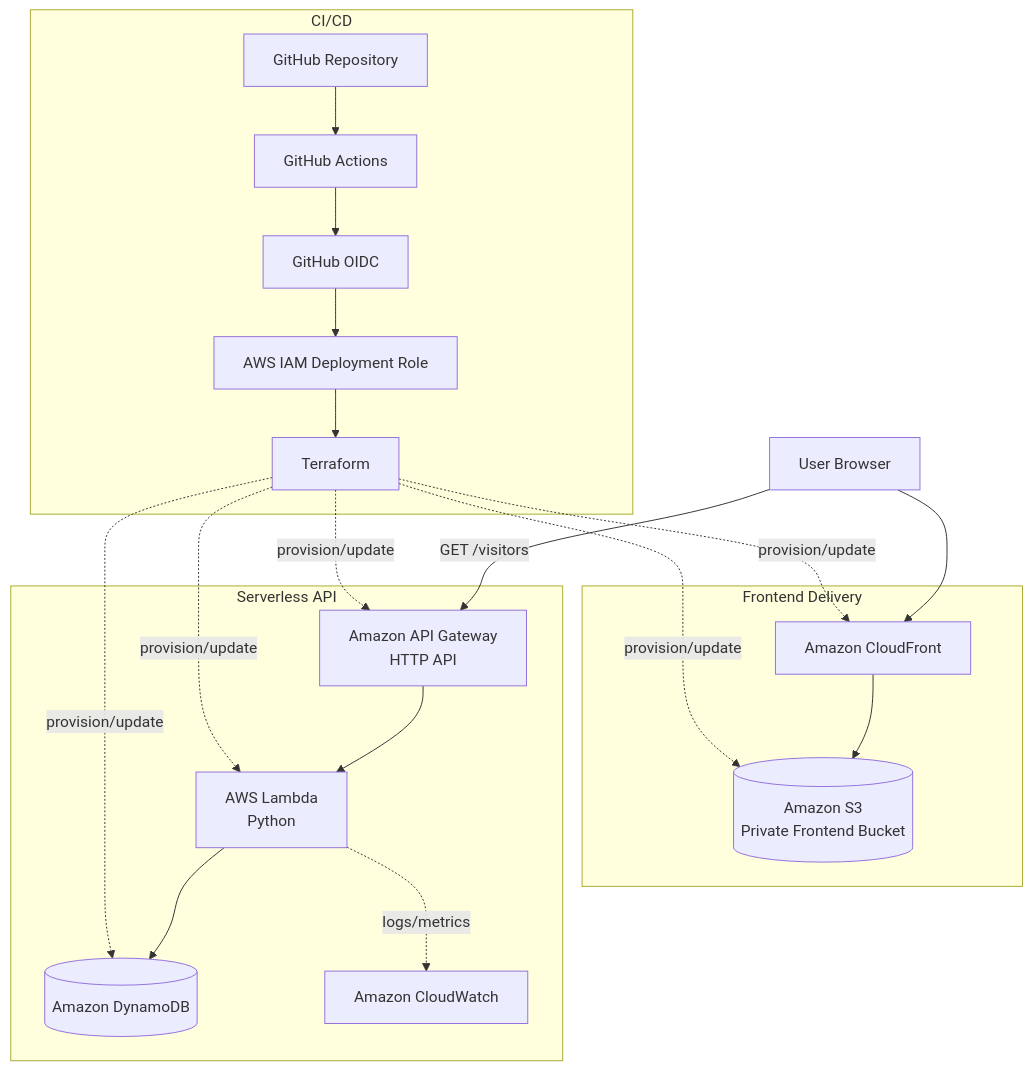
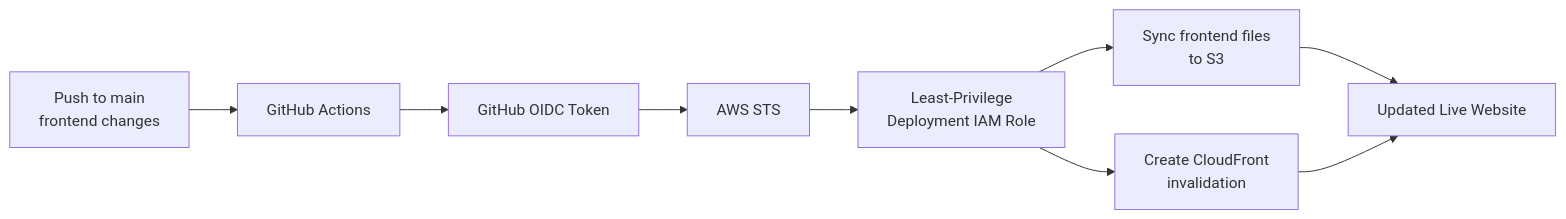
Before and after one commit to bilge26/cloud-resume-platform: the fifth of 8 diagrams in docs/architecture.md, drawn with Mermaid. The commit also changed other lines of this file and 5 other files, not shown here.

````diff
--- a/docs/architecture.md
+++ b/docs/architecture.md
@@ -84,42 +145,15 @@
 ```mermaid
-flowchart TB
-    User[User Browser]
+flowchart LR
+    Push[Push to main<br/>frontend changes]
+        --> GHA[GitHub Actions]
 
-    subgraph Delivery[Frontend Delivery]
-        CF[Amazon CloudFront]
-        S3[(Amazon S3<br/>Private Frontend Bucket)]
-    end
+    GHA --> OIDC[GitHub OIDC Token]
+    OIDC --> STS[AWS STS]
+    STS --> Role[Least-Privilege<br/>Deployment IAM Role]
 
-    subgraph API[Serverless API]
-        GW[Amazon API Gateway<br/>HTTP API]
-        L[AWS Lambda<br/>Python]
-        DB[(Amazon DynamoDB)]
-        CW[Amazon CloudWatch]
-    end
+    Role --> S3[Sync frontend files<br/>to S3]
+    Role --> CF[Create CloudFront<br/>invalidation]
 
-    subgraph CICD[CI/CD]
-        Repo[GitHub Repository]
-        GHA[GitHub Actions]
-        OIDC[GitHub OIDC]
-        DeployRole[AWS IAM Deployment Role]
-        Terraform[Terraform]
-    end
-
-    User --> CF
-    CF --> S3
-    User -->|GET /visitors| GW
-    GW --> L
-    L --> DB
-    L -. logs/metrics .-> CW
-
-    Repo --> GHA
-    GHA --> OIDC
-    OIDC --> DeployRole
-    DeployRole --> Terraform
-
-    Terraform -. provision/update .-> CF
-    Terraform -. provision/update .-> S3
-    Terraform -. provision/update .-> GW
-    Terraform -. provision/update .-> L
-    Terraform -. provision/update .-> DB
+    S3 --> Live[Updated Live Website]
+    CF --> Live
 ```
````
